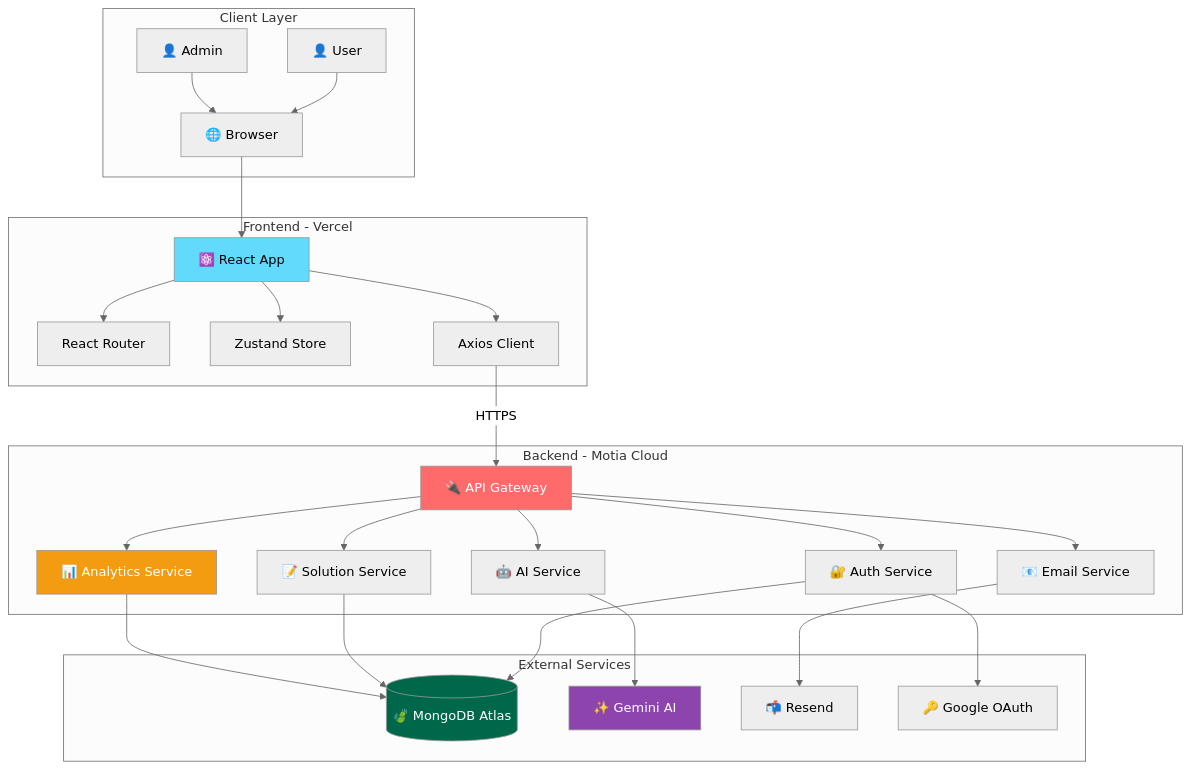
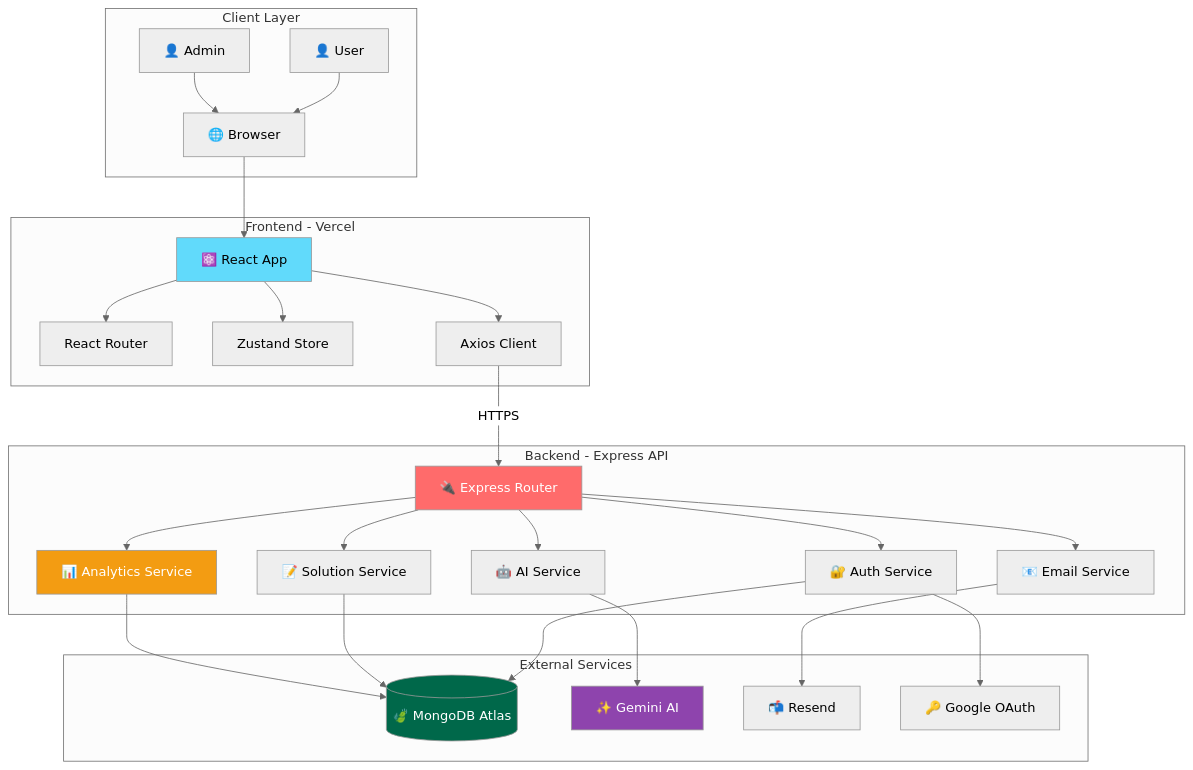
Before and after one commit to AbhishekBalija/MathGPT: the first of 8 diagrams in docs/architecture.md, drawn with Mermaid (neutral theme). The commit also changed other lines of this file and 60 other files, not shown here.

First line of the commit message:
refactor(backend)!: migrate from Motia to Express 5 on Bun

````diff
--- a/docs/architecture.md
+++ b/docs/architecture.md
@@ -9,58 +9,58 @@
 ```mermaid
 graph TB
     subgraph "Client Layer"
         USER["👤 User"]
         ADMIN["👤 Admin"]
         BROWSER["🌐 Browser"]
     end
 
     subgraph "Frontend - Vercel"
         REACT["⚛️ React App"]
         ROUTER["React Router"]
         ZUSTAND["Zustand Store"]
         AXIOS["Axios Client"]
     end
 
-    subgraph "Backend - Motia Cloud"
-        API["🔌 API Gateway"]
+    subgraph "Backend - Express API"
+        API["🔌 Express Router"]
         AUTH["🔐 Auth Service"]
         AI["🤖 AI Service"]
         SOLUTION["📝 Solution Service"]
         EMAIL["📧 Email Service"]
         ANALYTICS["📊 Analytics Service"]
     end
 
     subgraph "External Services"
         MONGODB[("🍃 MongoDB Atlas")]
         GEMINI["✨ Gemini AI"]
         RESEND["📬 Resend"]
         GOOGLE["🔑 Google OAuth"]
     end
 
     USER --> BROWSER
     ADMIN --> BROWSER
     BROWSER --> REACT
     REACT --> ROUTER
     REACT --> ZUSTAND
     REACT --> AXIOS
     AXIOS -->|HTTPS| API
 
     API --> AUTH
     API --> AI
     API --> SOLUTION
     API --> EMAIL
     API --> ANALYTICS
 
     AUTH --> MONGODB
     AUTH --> GOOGLE
     SOLUTION --> MONGODB
     AI --> GEMINI
     EMAIL --> RESEND
     ANALYTICS --> MONGODB
 
     style REACT fill:#61dafb,color:#000
     style MONGODB fill:#00684a,color:#fff
     style GEMINI fill:#8e44ad,color:#fff
     style API fill:#ff6b6b,color:#fff
     style ANALYTICS fill:#f39c12,color:#fff
 ```
````
